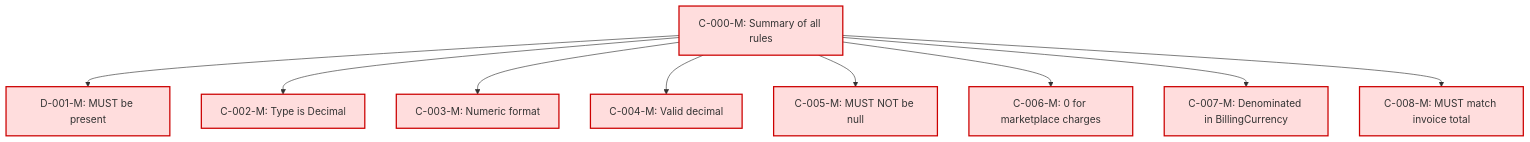
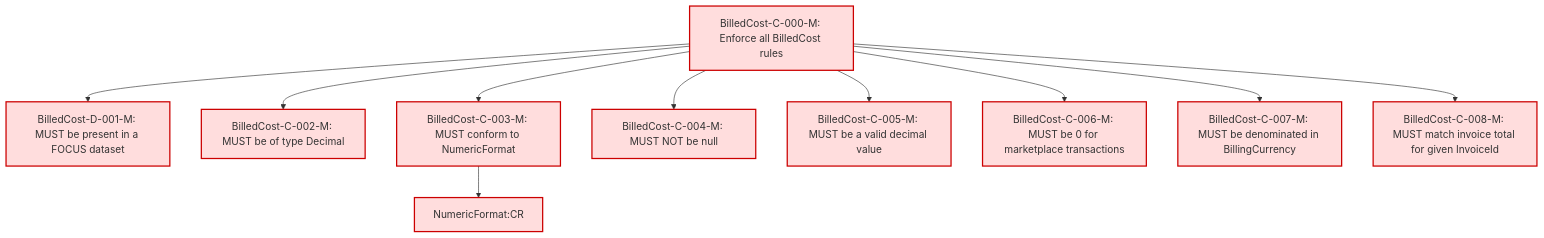
The diagram in specification/conformance/cr-stage1/billedcost_cr.md (FinOps-Open-Cost-and-Usage-Spec/FOCUS_Spec), drawn with Mermaid before and after one commit. The commit also changed other lines of this file, not shown here.

Commit message:
revised billed cost

````diff
--- a/specification/conformance/cr-stage1/billedcost_cr.md
+++ b/specification/conformance/cr-stage1/billedcost_cr.md
@@ -20,31 +19,39 @@
 ```mermaid
+
 graph TD
 
 %% Root Composite
-BC000["C-000-M: Summary of all rules"]
-BC001["D-001-M: MUST be present"]
-BC002["C-002-M: Type is Decimal"]
-BC003["C-003-M: Numeric format"]
-BC004["C-004-M: Valid decimal"]
-BC005["C-005-M: MUST NOT be null"]
-BC006["C-006-M: 0 for marketplace charges"]
-BC007["C-007-M: Denominated in BillingCurrency"]
-BC008["C-008-M: MUST match invoice total"]
+BC000["BilledCost-C-000-M: Enforce all BilledCost rules"]
+BC001["BilledCost-D-001-M: MUST be present in a FOCUS dataset"]
+BC002["BilledCost-C-002-M: MUST be of type Decimal"]
+BC003["BilledCost-C-003-M: MUST conform to NumericFormat"]
+BC004["BilledCost-C-004-M: MUST NOT be null"]
+BC005["BilledCost-C-005-M: MUST be a valid decimal value"]
+BC006["BilledCost-C-006-M: MUST be 0 for marketplace transactions"]
+BC007["BilledCost-C-007-M: MUST be denominated in BillingCurrency"]
+BC008["BilledCost-C-008-M: MUST match invoice total for given InvoiceId"]
+
+%% Attribute dependency
+NFCR["NumericFormat:CR"]
 
 %% Root connections
 BC000 --> BC001
 BC000 --> BC002
 BC000 --> BC003
 BC000 --> BC004
 BC000 --> BC005
 BC000 --> BC006
 BC000 --> BC007
 BC000 --> BC008
 
+%% Attribute reference
+BC003 --> NFCR
+
 %% Styling by Rule Type
 classDef mandatory fill:#fdd,stroke:#c00,stroke-width:2px;
 classDef conditional fill:#ffd700,stroke:#aa0,stroke-width:1px;
 classDef optional fill:#c0f5c0,stroke:#2c8c2c,stroke-width:1px;
 
 class BC000,BC001,BC002,BC003,BC004,BC005,BC006,BC007,BC008 mandatory;
+class NFCR mandatory;
 ```
````
